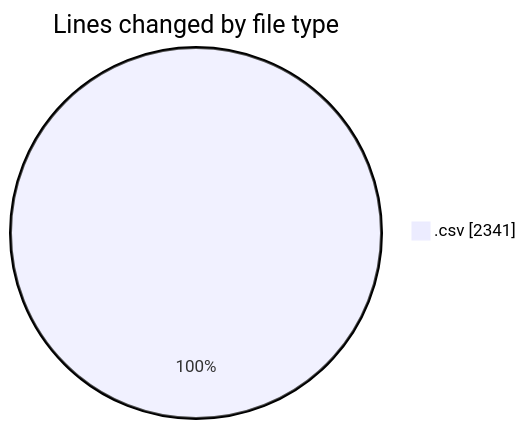
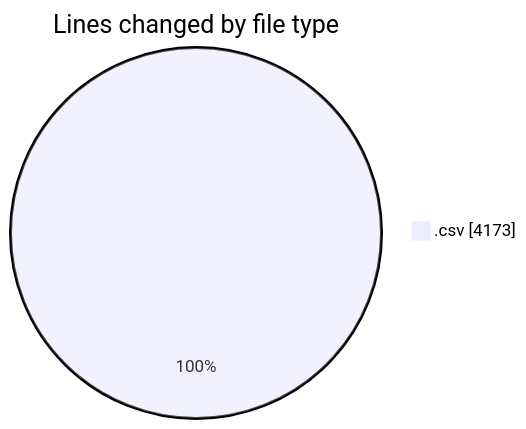
One commit to ricardozamudiocil/code-tracking changed the first of 2 diagrams in 2026-10-22/scripts/README.md. Above: the diagram before and after it, drawn with Mermaid. The commit also changed other lines of this file and 1 other file, not shown here.

````diff
--- a/2026-10-22/scripts/README.md
+++ b/2026-10-22/scripts/README.md
@@ -20,5 +20,5 @@
 ```mermaid
 pie showData
 title Lines changed by file type
-".csv" : 2341
+".csv" : 4173
 ```
````
